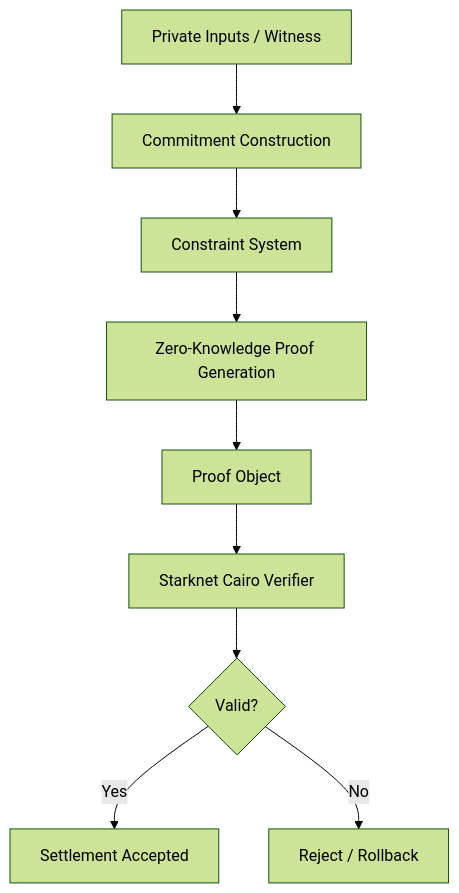
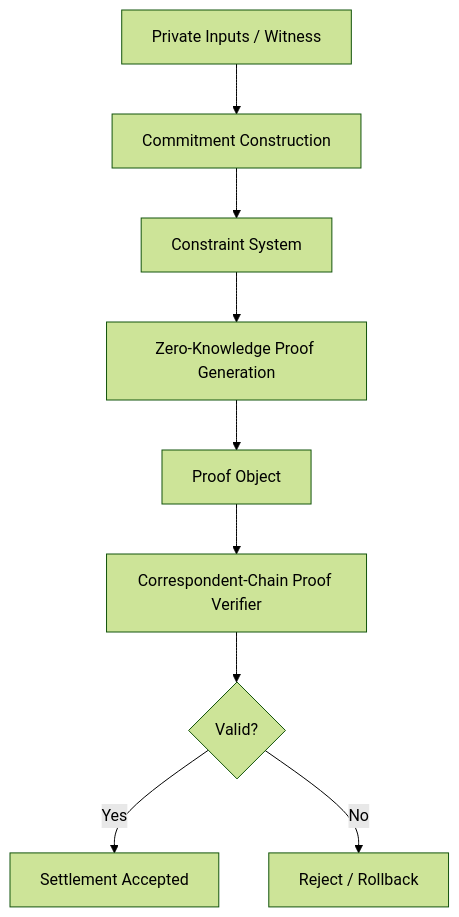
One commit to bcyx-protocol/docs changed the diagram in zk-verification.md. Above: the diagram before and after it, drawn with Mermaid (forest theme). The commit also changed other lines of this file and 9 other files, not shown here.

````diff
--- a/zk-verification.md
+++ b/zk-verification.md
@@ -95,19 +95,19 @@
 ```mermaid
 flowchart TD
 
 A[Private Inputs / Witness]
 --> B[Commitment Construction]
 
 B --> C[Constraint System]
 
 C --> D[Zero-Knowledge Proof Generation]
 
 D --> E[Proof Object]
 
-E --> F[Starknet Cairo Verifier]
+E --> F[Correspondent-Chain Proof Verifier]
 
 F --> G{Valid?}
 
 G -- Yes --> H[Settlement Accepted]
 G -- No --> I[Reject / Rollback]
 ```
````
